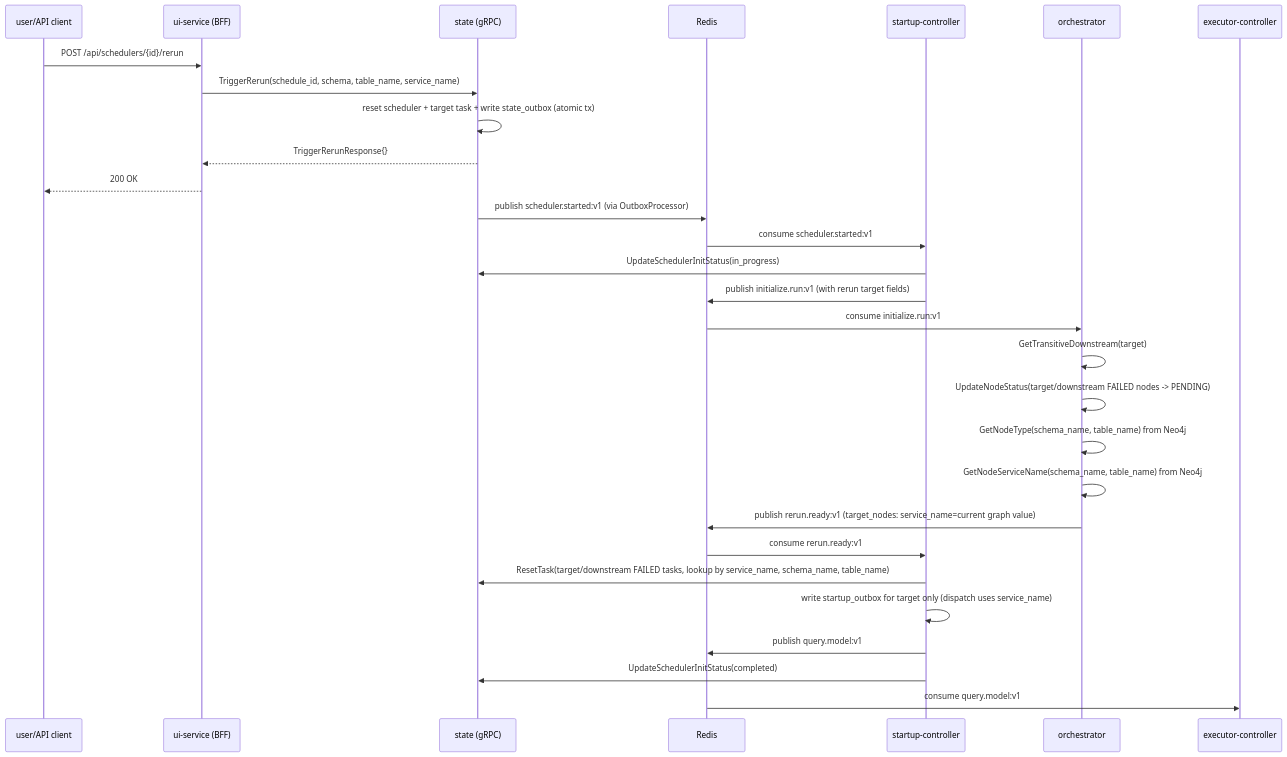
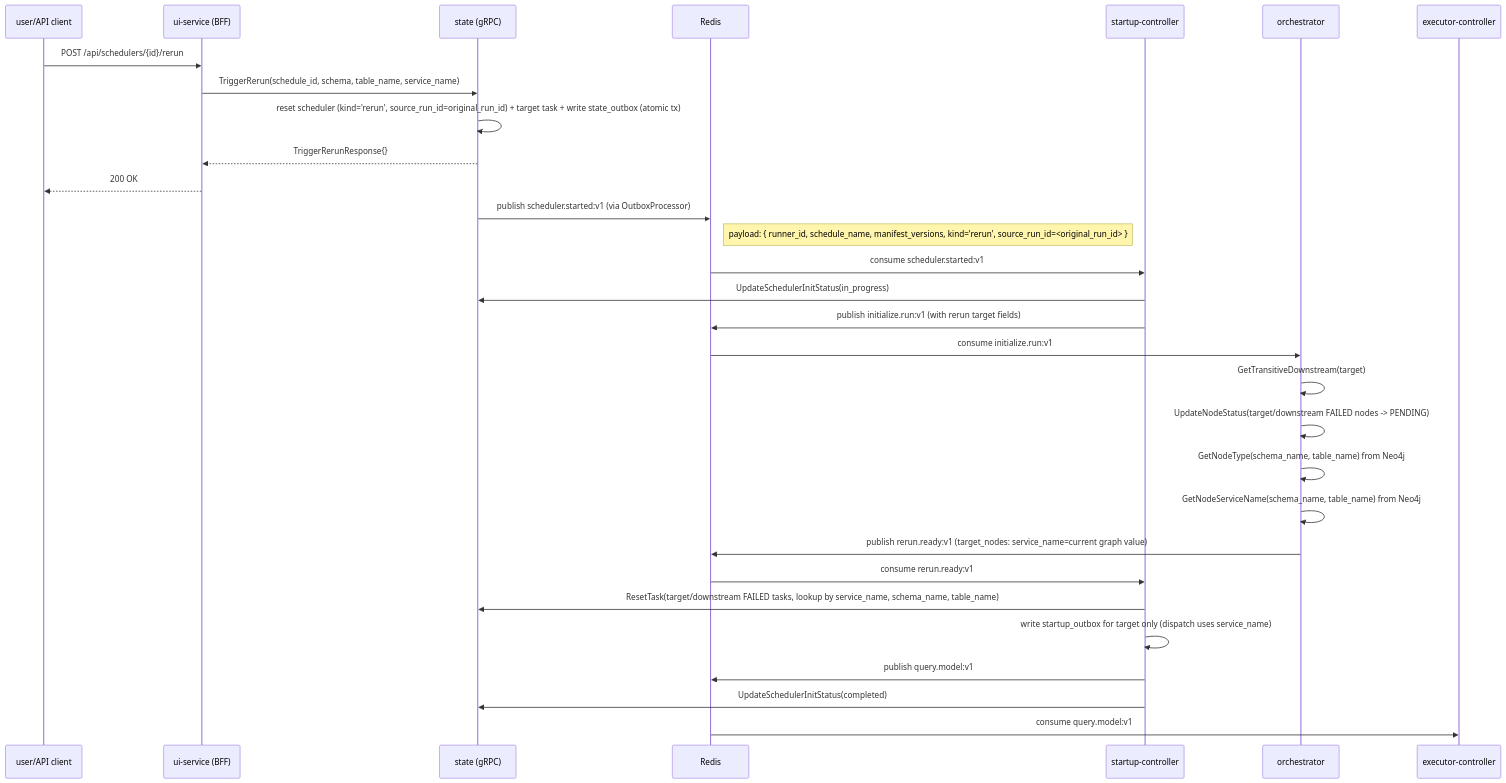
Before and after one commit to carolsimone/continuo: the fourth of 8 diagrams in docs/arch/03-sequence-flows.md, drawn with Mermaid. The commit also changed other lines of this file and 2 other files, not shown here.

First line of the commit message:
docs(arch): document PR0 run kind + per-task image_tag

````diff
--- a/docs/arch/03-sequence-flows.md
+++ b/docs/arch/03-sequence-flows.md
@@ -118,32 +120,33 @@
 ```mermaid
 sequenceDiagram
   participant U as user/API client
   participant UI as ui-service (BFF)
   participant ST as state (gRPC)
   participant R as Redis
   participant SC as startup-controller
   participant OR as orchestrator
   participant EC as executor-controller
 
   U->>UI: POST /api/schedulers/{id}/rerun
   UI->>ST: TriggerRerun(schedule_id, schema, table_name, service_name)
-  ST->>ST: reset scheduler + target task + write state_outbox (atomic tx)
+  ST->>ST: reset scheduler (kind='rerun', source_run_id=original_run_id) + target task + write state_outbox (atomic tx)
   ST-->>UI: TriggerRerunResponse{}
   UI-->>U: 200 OK
   ST->>R: publish scheduler.started:v1 (via OutboxProcessor)
+  note right of R: payload: { runner_id, schedule_name, manifest_versions, kind='rerun', source_run_id=<original_run_id> }
   R->>SC: consume scheduler.started:v1
   SC->>ST: UpdateSchedulerInitStatus(in_progress)
   SC->>R: publish initialize.run:v1 (with rerun target fields)
   R->>OR: consume initialize.run:v1
   OR->>OR: GetTransitiveDownstream(target)
   OR->>OR: UpdateNodeStatus(target/downstream FAILED nodes -> PENDING)
   OR->>OR: GetNodeType(schema_name, table_name) from Neo4j
   OR->>OR: GetNodeServiceName(schema_name, table_name) from Neo4j
   OR->>R: publish rerun.ready:v1 (target_nodes: service_name=current graph value)
   R->>SC: consume rerun.ready:v1
   SC->>ST: ResetTask(target/downstream FAILED tasks, lookup by service_name, schema_name, table_name)
   SC->>SC: write startup_outbox for target only (dispatch uses service_name)
   SC->>R: publish query.model:v1
   SC->>ST: UpdateSchedulerInitStatus(completed)
   R->>EC: consume query.model:v1
 ```
````
